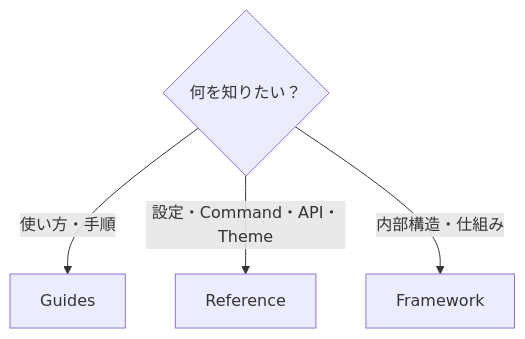
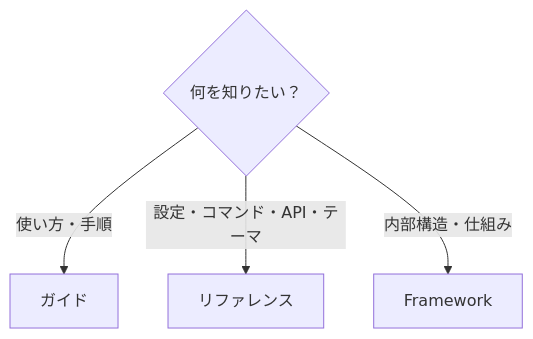
The first of 4 diagrams in docs/docs/reference/README.ja.md (Rerurate514/riebeckite), drawn with Mermaid before and after one commit. The commit also changed other lines of this file and 310 other files, not shown here.

````diff
--- a/docs/docs/reference/README.ja.md
+++ b/docs/docs/reference/README.ja.md
@@ -14,8 +12,8 @@
 ```mermaid id="h2qw1n"
 flowchart TD
     Q{"何を知りたい？"}
 
-    Q -->|"使い方・手順"| Guides["Guides"]
-    Q -->|"設定・Command・API・Theme"| Reference["Reference"]
+    Q -->|"使い方・手順"| Guides["ガイド"]
+    Q -->|"設定・コマンド・API・テーマ"| Reference["リファレンス"]
     Q -->|"内部構造・仕組み"| Framework["Framework"]
 ```
````
